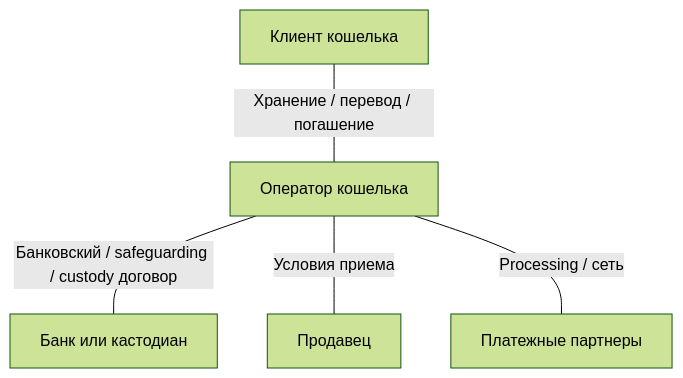
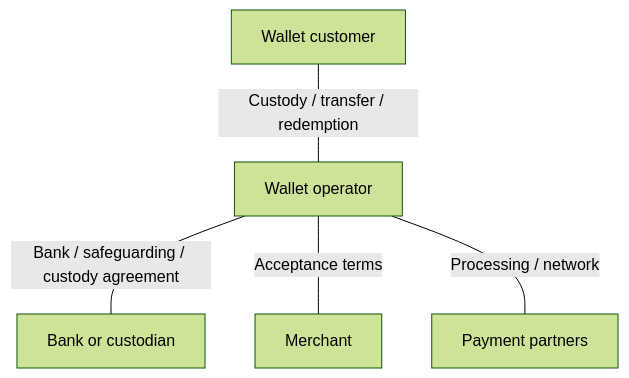
One commit to nuanu-ai/fintech-textbook-2026 changed the ninth of 11 diagrams in Textbook/01-Market-rules-and-licensing/README.md. Above: the diagram before and after it, drawn with Mermaid (forest theme). The commit also changed other lines of this file and 78 other files, not shown here.

````diff
--- a/Textbook/01-Market-rules-and-licensing/README.md
+++ b/Textbook/01-Market-rules-and-licensing/README.md
@@ -211,7 +211,7 @@
 ```mermaid
 flowchart TD
- U[Клиент кошелька] ---|Хранение / перевод / погашение| W[Оператор кошелька]
- W ---|Банковский / safeguarding / custody договор| B[Банк или кастодиан]
- W ---|Условия приема| M[Продавец]
- W ---|Processing / сеть| R[Платежные партнеры]
+ U[Wallet customer] ---|Custody / transfer / redemption| W[Wallet operator]
+ W ---|Bank / safeguarding / custody agreement| B[Bank or custodian]
+ W ---|Acceptance terms| M[Merchant]
+ W ---|Processing / network| R[Payment partners]
 ```
````
